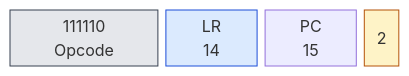
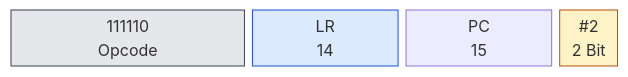
Before and after one commit to olfp/Deep16: the third of 4 diagrams in book/kap04.md, drawn with Mermaid. The commit also changed other lines of this file and 1 other file, not shown here.

Commit message:
book(kap04): Diagramm-Beschriftungen korrigiert (# für Immediate, Bitbreiten ergänzt)

````diff
--- a/book/kap04.md
+++ b/book/kap04.md
@@ -246,14 +246,14 @@
 ```mermaid
 block-beta
   columns 31
   classDef op fill:#e5e7eb,stroke:#374151
   classDef reg fill:#dbeafe,stroke:#1d4ed8
   classDef imm fill:#fef3c7,stroke:#b45309
   b0["111110<br/>Opcode"]:11
   b1["LR<br/>14"]:7
   b2["PC<br/>15"]:7
-  b3["2"]:3
+  b3["#2<br/>2 Bit"]:3
   class b0 op
   class b1 b2 reg
   class b3 imm
 ```
````
